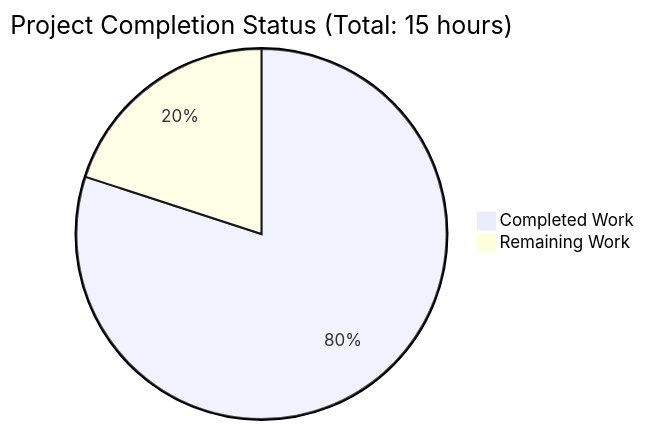
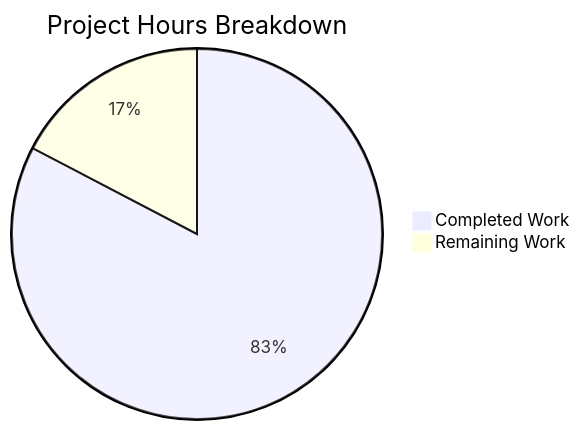
One commit to sudhanshu-spec/test-spec changed the diagram in blitzy/documentation/Project Guide.md. Above: the diagram before and after it, drawn with Mermaid. The commit also changed other lines of this file, not shown here.

Commit message:
Adding Blitzy Project Guide: Project Status and Human Tasks Remaining

````diff
--- a/blitzy/documentation/Project Guide.md
+++ b/blitzy/documentation/Project Guide.md
@@ -90,5 +113,5 @@
 ```mermaid
-pie title Project Completion Status (Total: 15 hours)
-    "Completed Work" : 12
-    "Remaining Work" : 3
+pie title Project Hours Breakdown
+    "Completed Work" : 62
+    "Remaining Work" : 13
 ```
````
